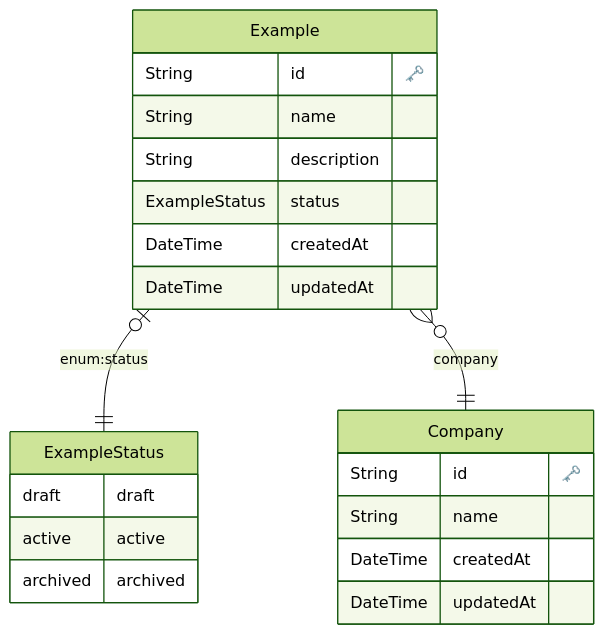
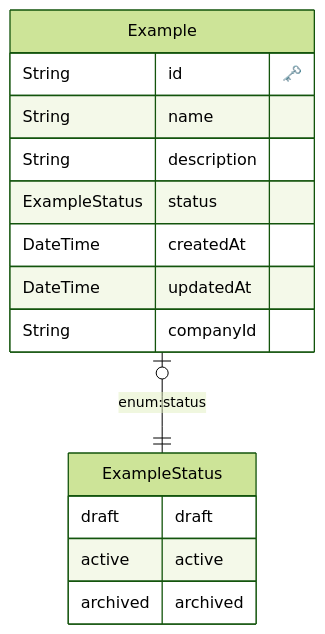
The diagram in apps/api/README_DATABASE.md (Jeremy-Fleury/saas-boilerplate), drawn with Mermaid (forest theme) before and after one commit. The commit also changed 17 other files, not shown here.

````diff
--- a/apps/api/README_DATABASE.md
+++ b/apps/api/README_DATABASE.md
@@ -1,29 +1,21 @@
 ```mermaid
 erDiagram
 
         ExampleStatus {
             draft draft
 active active
 archived archived
         }
     
-  "Company" {
-    String id "🗝️"
-    String name 
-    DateTime createdAt 
-    DateTime updatedAt 
-    }
-  
-
   "Example" {
     String id "🗝️"
     String name 
     String description 
     ExampleStatus status 
     DateTime createdAt 
     DateTime updatedAt 
+    String companyId 
     }
   
     "Example" |o--|| "ExampleStatus" : "enum:status"
-    "Example" }o--|| "Company" : "company"
 ```
````
